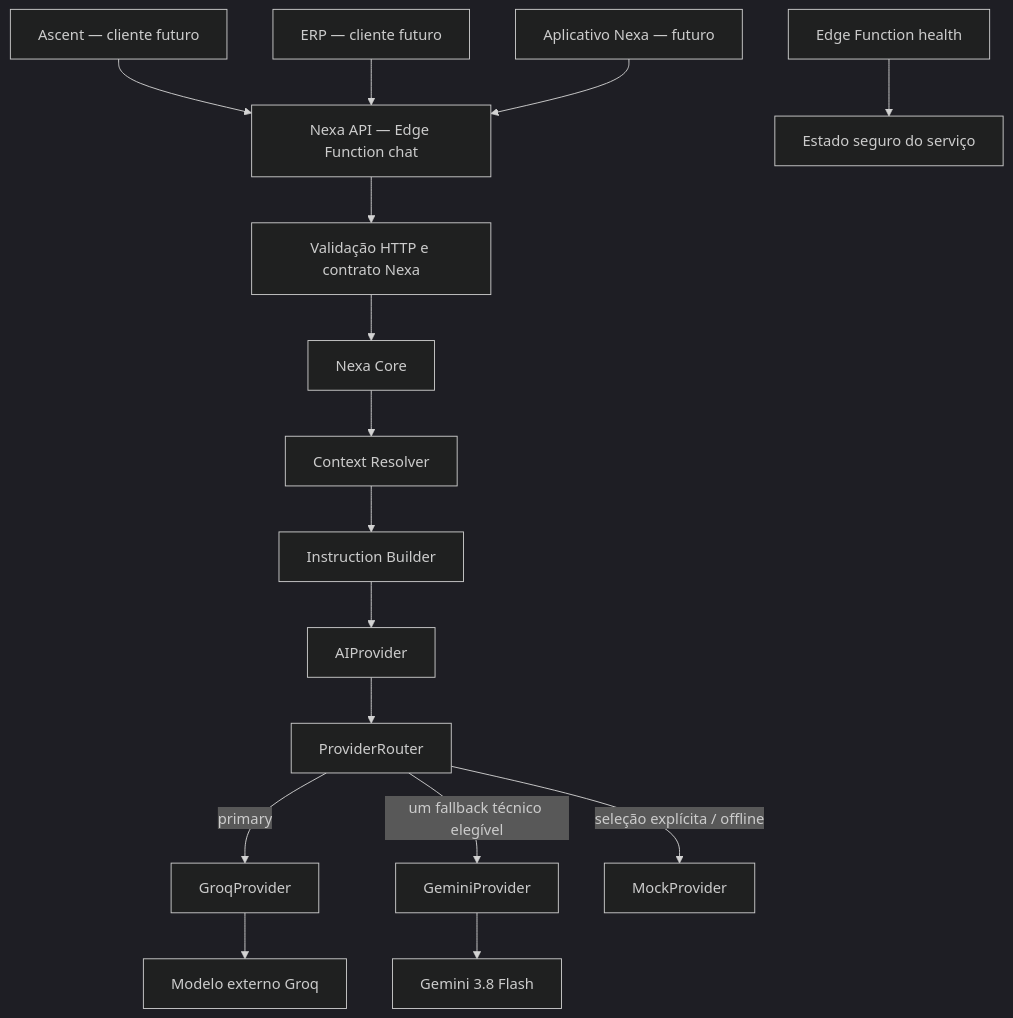
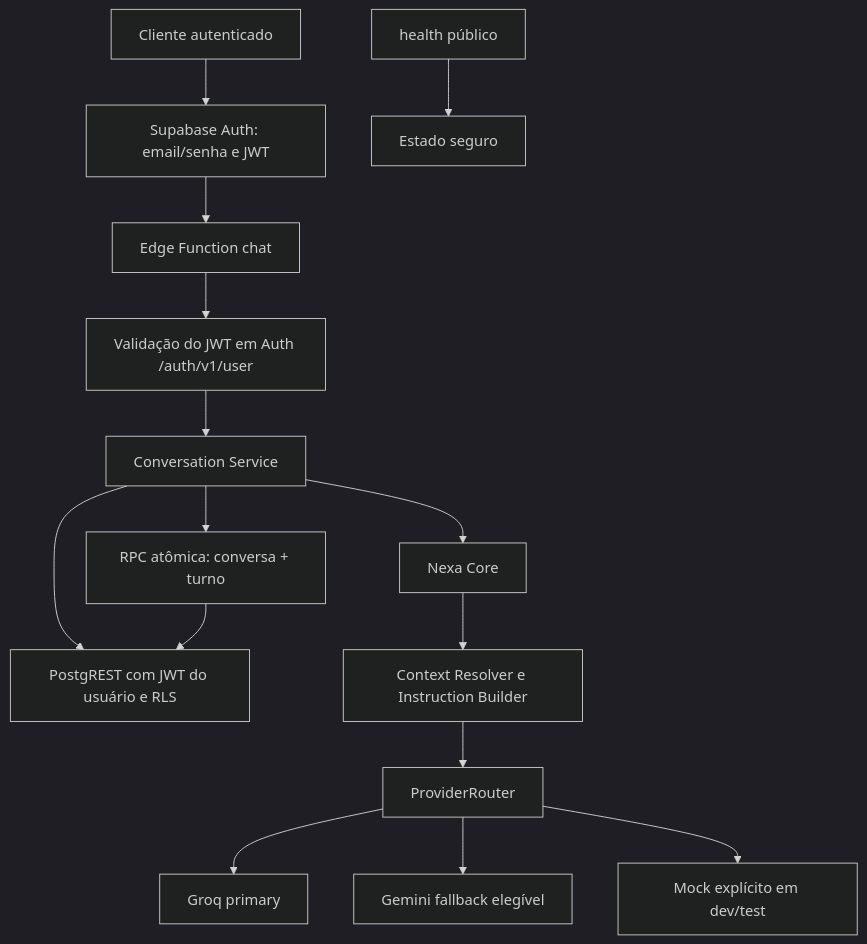
The diagram in docs/brain/02 - Arquitetura.md (SmuriNex/Nexa), drawn with Mermaid (dark theme) before and after one commit. The commit also changed other lines of this file and 34 other files, not shown here.

````diff
--- a/docs/brain/02 - Arquitetura.md
+++ b/docs/brain/02 - Arquitetura.md
@@ -7,18 +7,17 @@
 ```mermaid
 flowchart TD
-    Ascent["Ascent — cliente futuro"] --> Chat["Nexa API — Edge Function chat"]
-    ERP["ERP — cliente futuro"] --> Chat
-    App["Aplicativo Nexa — futuro"] --> Chat
-    Chat --> HTTP["Validação HTTP e contrato Nexa"]
-    HTTP --> Core["Nexa Core"]
-    Core --> Context["Context Resolver"]
-    Context --> Instructions["Instruction Builder"]
-    Instructions --> Contract["AIProvider"]
-    Contract --> Router["ProviderRouter"]
-    Router -->|"primary"| Groq["GroqProvider"]
-    Router -->|"um fallback técnico elegível"| Gemini["GeminiProvider"]
-    Router -->|"seleção explícita / offline"| Mock["MockProvider"]
-    Groq --> GroqModel["Modelo externo Groq"]
-    Gemini --> GeminiModel["Gemini 3.8 Flash"]
-    Health["Edge Function health"] --> Runtime["Estado seguro do serviço"]
+    Client["Cliente autenticado"] --> Auth["Supabase Auth: email/senha e JWT"]
+    Auth --> Chat["Edge Function chat"]
+    Chat --> Identity["Validação do JWT em Auth /auth/v1/user"]
+    Identity --> Service["Conversation Service"]
+    Service --> DB["PostgREST com JWT do usuário e RLS"]
+    Service --> Core["Nexa Core"]
+    Core --> Context["Context Resolver e Instruction Builder"]
+    Context --> Router["ProviderRouter"]
+    Router --> Groq["Groq primary"]
+    Router --> Gemini["Gemini fallback elegível"]
+    Router --> Mock["Mock explícito em dev/test"]
+    Service --> RPC["RPC atômica: conversa + turno"]
+    RPC --> DB
+    Health["health público"] --> Status["Estado seguro"]
 ```
````
